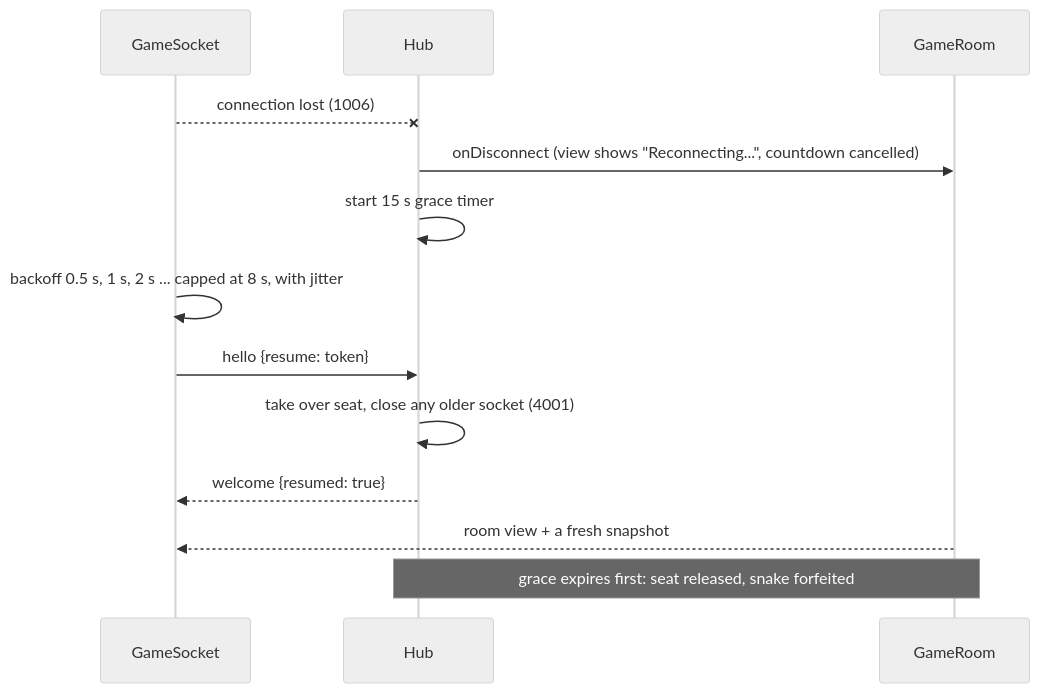
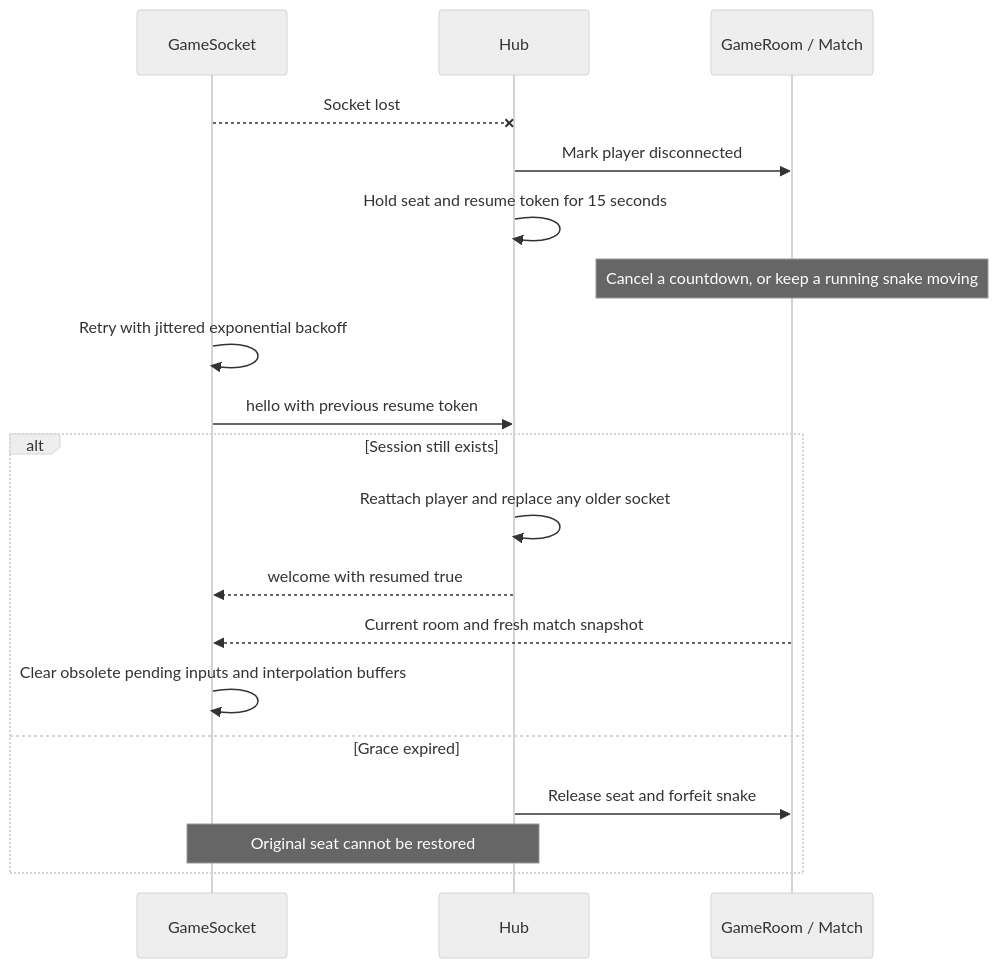
Before and after one commit to gopichandchikoti/multiplayer-snake-arena: the ninth of 14 diagrams in docs/ARCHITECTURE.md, drawn with Mermaid (neutral theme). The commit also changed other lines of this file and 23 other files, not shown here.

````diff
--- a/docs/ARCHITECTURE.md
+++ b/docs/ARCHITECTURE.md
@@ -75,15 +388,21 @@
 ```mermaid
 sequenceDiagram
-  participant C as GameSocket
-  participant H as Hub
-  participant R as GameRoom
-  C--xH: connection lost (1006)
-  H->>R: onDisconnect (view shows "Reconnecting...", countdown cancelled)
-  H->>H: start 15 s grace timer
-  C->>C: backoff 0.5 s, 1 s, 2 s ... capped at 8 s, with jitter
-  C->>H: hello {resume: token}
-  H->>H: take over seat, close any older socket (4001)
-  H-->>C: welcome {resumed: true}
-  R-->>C: room view + a fresh snapshot
-  Note over H,R: grace expires first: seat released, snake forfeited
+  participant Client as GameSocket
+  participant Hub as Hub
+  participant Room as GameRoom / Match
+  Client--xHub: Socket lost
+  Hub->>Room: Mark player disconnected
+  Hub->>Hub: Hold seat and resume token for 15 seconds
+  Note over Room: Cancel a countdown, or keep a running snake moving
+  Client->>Client: Retry with jittered exponential backoff
+  Client->>Hub: hello with previous resume token
+  alt Session still exists
+    Hub->>Hub: Reattach player and replace any older socket
+    Hub-->>Client: welcome with resumed true
+    Room-->>Client: Current room and fresh match snapshot
+    Client->>Client: Clear obsolete pending inputs and interpolation buffers
+  else Grace expired
+    Hub->>Room: Release seat and forfeit snake
+    Note over Client,Hub: Original seat cannot be restored
+  end
 ```
````
